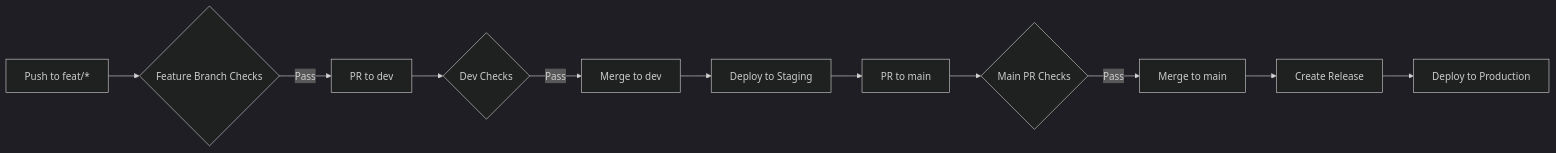
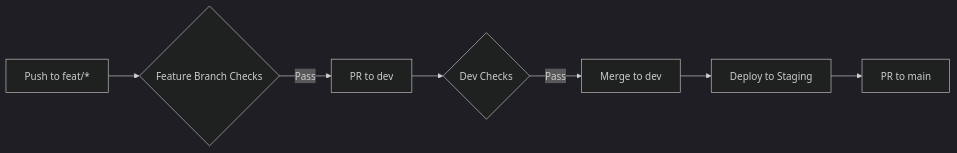
Before and after one commit to datascientest-fastAPI-project-group-25/fastAPI-project-app: the second of 2 diagrams in README.md, drawn with Mermaid (dark theme). The commit also changed other lines of this file and 36 other files, not shown here.

````diff
--- a/README.md
+++ b/README.md
@@ -194,13 +197,9 @@
 ```mermaid
 graph LR
     A[Push to feat/*] --> B{Feature Branch Checks}
     B -->|Pass| C[PR to dev]
     C --> D{Dev Checks}
     D -->|Pass| E[Merge to dev]
     E --> F[Deploy to Staging]
     F --> G[PR to main]
-    G --> H{Main PR Checks}
-    H -->|Pass| I[Merge to main]
-    I --> J[Create Release]
-    J --> K[Deploy to Production]
 ```
````
